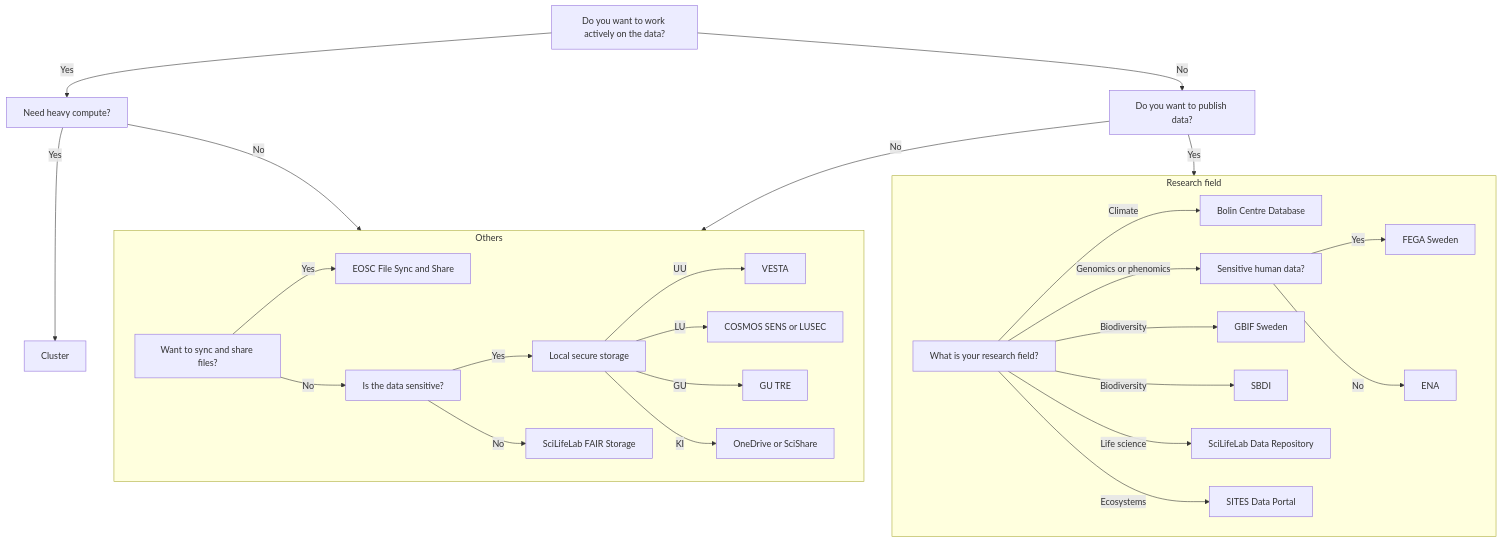
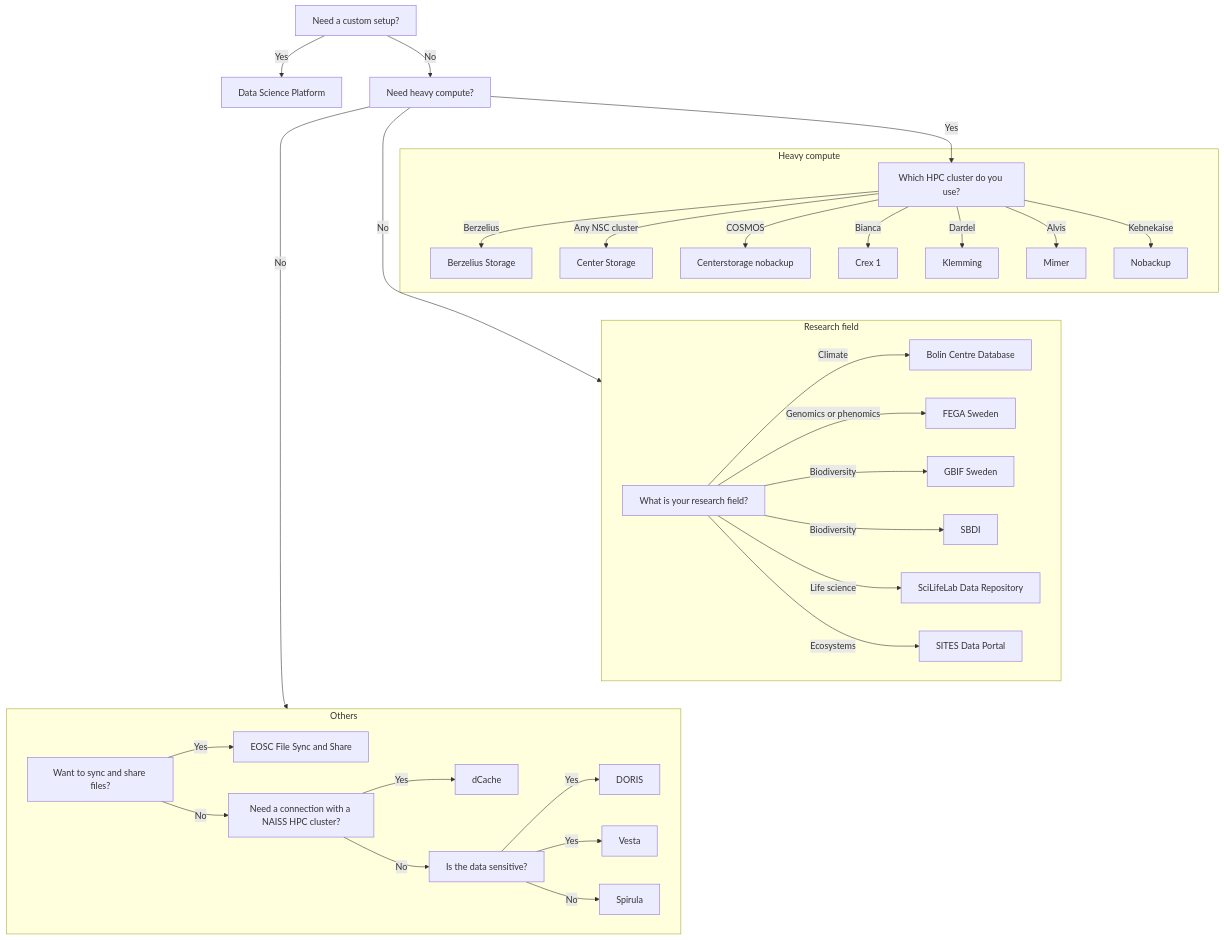
One commit to NBISweden/SCoRe_user_doc changed the diagram in docs/storage.md. Above: the diagram before and after it, drawn with Mermaid. The commit also changed other lines of this file and 3 other files, not shown here.

````diff
--- a/docs/storage.md
+++ b/docs/storage.md
@@ -12,79 +8,81 @@
 ```mermaid
 flowchart TD
 
-  question_need_repo[Do you want to work actively on the data?]
-  question_need_repo --> |Yes| question_heavy_compute
-  question_need_repo --> |No| question_publish_archive
+  question_custom_rs[Need a custom setup?]
 
-  question_publish_archive[Do you want to publish data?]
-  question_publish_archive --> |Yes| research_field
-  question_publish_archive --> |No| others
+  data_science_platform[Data Science Platform]
+  question_custom_rs --> |Yes| data_science_platform
+  question_custom_rs --> |No| question_heavy_compute
 
   question_heavy_compute[Need heavy compute?]
-  question_heavy_compute --> |Yes| question_hpc_cluster[Cluster]
+  question_heavy_compute --> |Yes| question_hpc_cluster
+  question_heavy_compute --> |No| research_field
   question_heavy_compute --> |No| others
 
-  click question_hpc_cluster "./compute.md" "Compute decision tree"
+  subgraph heavy_compute["Heavy compute"]
+
+    berzelius_storage[Berzelius Storage]
+    center_storage[Center Storage]
+    centerstorage_nobackup[Centerstorage nobackup]
+    crex_1[Crex 1]
+    klemming[Klemming]
+    mimer[Mimer]
+    nobackup[Nobackup]
+
+    question_hpc_cluster[Which HPC cluster do you use?]
+    question_hpc_cluster --> |Berzelius| berzelius_storage
+    question_hpc_cluster --> |Any NSC cluster| center_storage
+    question_hpc_cluster --> |COSMOS| centerstorage_nobackup
+    question_hpc_cluster --> |Bianca| crex_1
+    question_hpc_cluster --> |Dardel| klemming
+    question_hpc_cluster --> |Alvis| mimer
+    question_hpc_cluster --> |Kebnekaise| nobackup
+  end
 
   subgraph research_field["Research field"]
 
     bolin_centre_database[Bolin Centre Database]
-    click bolin_centre_database "https://bolin.su.se/data"
     fega_sweden[FEGA Sweden]
-    click fega_sweden "https://fega.nbis.se"
     gbif_sweden[GBIF Sweden]
-    click gbif_sweden "https://www.gbif.se"
     sll_data_repository[SciLifeLab Data Repository]
-    click sll_data_repository "https://www.scilifelab.se/data/repository/"
     sites_data_portal[SITES Data Portal]
-    click sites_data_portal "https://data.fieldsites.se/portal/"
     sbdi[SBDI]
-    click sbdi "https://biodiversitydata.se"
-    ena[ENA]
-    click ena "https://www.ebi.ac.uk/ena/browser/home"
 
     question_research_field[What is your research field?]
 
     question_research_field --> |Climate| bolin_centre_database
-    question_research_field --> |Genomics or phenomics| q_fega_sweden
+    question_research_field --> |Genomics or phenomics| fega_sweden
     question_research_field --> |Biodiversity| gbif_sweden
     question_research_field --> |Biodiversity| sbdi
     question_research_field --> |Life science| sll_data_repository
     question_research_field --> |Ecosystems| sites_data_portal
-
-    q_fega_sweden[Sensitive human data?] --> |Yes| fega_sweden
-    q_fega_sweden[Sensitive human data?] --> |No| ena
   end
 
   subgraph others["Others"]
 
     eosc_file_sync_and_share[EOSC File Sync and Share]
-    click eosc_file_sync_and_share "https://open-science-cloud.ec.europa.eu/services/file-sync-share"
-    sll[SciLifeLab FAIR Storage]
-    click sll "https://data.scilifelab.se/services/fairstorage/"
-    uu[VESTA]
-    click uu "https://www.uu.se/medarbetare/stod-och-verktyg/it/it-tjanster/tillaggstjanster/vesta"
-    lu[COSMOS SENS or LUSEC]
-    click lu "https://www.medarbetarwebben.lu.se/lagring-forskningsdata"
-    gu[GU TRE]
-    click gu "https://tre.gu.se"
-    ki[OneDrive or SciShare]
-    click ki "https://staff.ki.se/tools-and-support/it-and-telephony/store-and-share-files"
+    dcache[dCache]
+    spirula[Spirula]
+    doris[DORIS]
+    vesta[Vesta]
 
     question_sync_and_share["Want to sync and share files?"]
     question_sync_and_share --> |Yes| eosc_file_sync_and_share
-    question_sync_and_share --> |No| question_data_sensitivity
+    question_sync_and_share --> |No| question_connect_naiss
+
+    question_connect_naiss["Need a connection with a NAISS HPC cluster?"]
+    question_connect_naiss --> |Yes| dcache
+    question_connect_naiss --> |No| question_data_sensitivity
 
     question_data_sensitivity["Is the data sensitive?"]
-    question_data_sensitivity --> |Yes| local_secure
-    question_data_sensitivity --> |No| sll
-
-    local_secure[Local secure storage]
-    local_secure --> |UU| uu
-    local_secure --> |LU| lu
-    local_secure --> |GU| gu
-    local_secure --> |KI| ki
+    question_data_sensitivity --> |Yes| doris
+    question_data_sensitivity --> |Yes| vesta
+    question_data_sensitivity --> |No| spirula
 
   end
 
+  heavy_compute ~~~ research_field
+  question_hpc_cluster ~~~ research_field
+  heavy_compute ~~~ others
+  research_field ~~~ others
 ```
````
